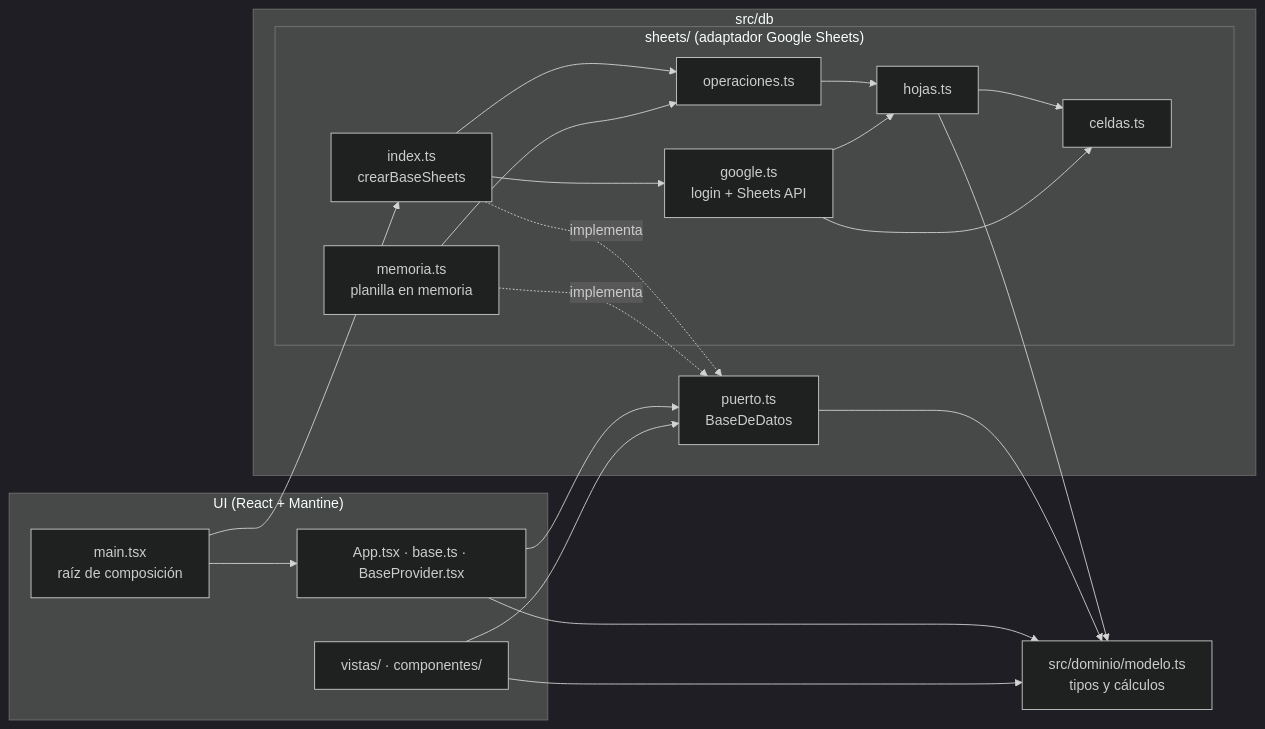
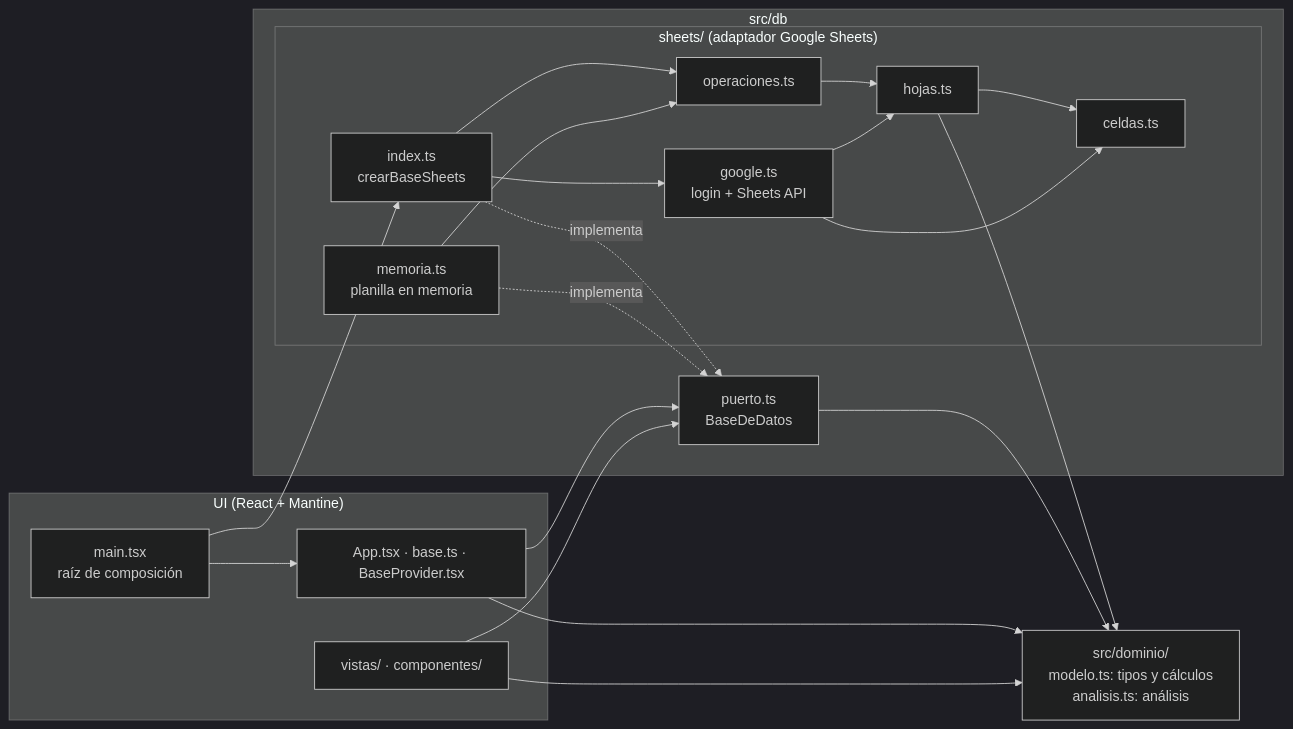
The first of 2 diagrams in spec/arquitectura.md (magalipujol/ERPeq), drawn with Mermaid (dark theme) before and after one commit. The commit also changed other lines of this file and 11 other files, not shown here.

````diff
--- a/spec/arquitectura.md
+++ b/spec/arquitectura.md
@@ -10,38 +10,38 @@
 ```mermaid
 flowchart LR
   subgraph UI["UI (React + Mantine)"]
     main["main.tsx<br/>raíz de composición"]
     app["App.tsx · base.ts · BaseProvider.tsx"]
     vistas["vistas/ · componentes/"]
   end
   subgraph db["src/db"]
     puerto["puerto.ts<br/>BaseDeDatos"]
     subgraph sheets["sheets/ (adaptador Google Sheets)"]
       index["index.ts<br/>crearBaseSheets"]
       ops["operaciones.ts"]
       hojas["hojas.ts"]
       celdas["celdas.ts"]
       google["google.ts<br/>login + Sheets API"]
       memoria["memoria.ts<br/>planilla en memoria"]
     end
   end
-  dominio["src/dominio/modelo.ts<br/>tipos y cálculos"]
+  dominio["src/dominio/<br/>modelo.ts: tipos y cálculos<br/>analisis.ts: análisis"]
 
   main --> index
   main --> app
   app --> puerto
   vistas --> puerto
   app --> dominio
   vistas --> dominio
   puerto --> dominio
   index -. implementa .-> puerto
   memoria -. implementa .-> puerto
   index --> ops
   index --> google
   memoria --> ops
   ops --> hojas
   hojas --> celdas
   hojas --> dominio
   google --> celdas
   google --> hojas
 ```
````
